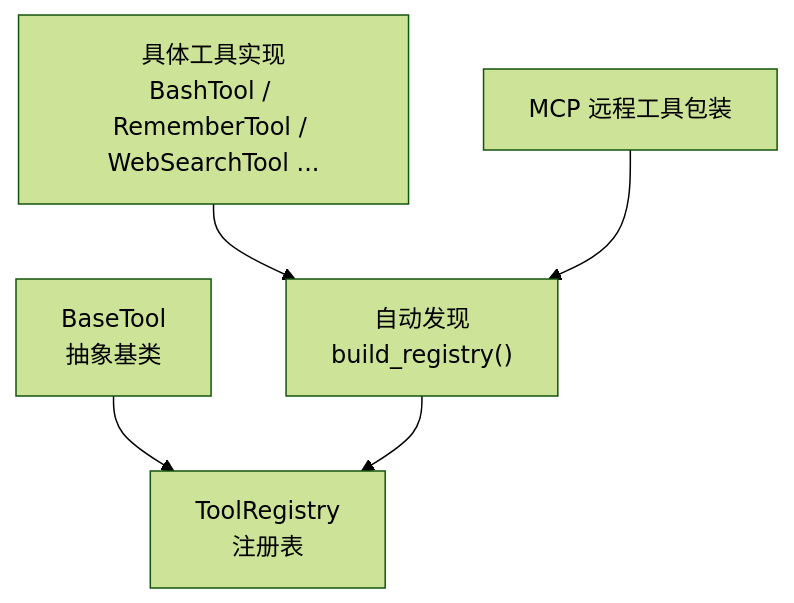
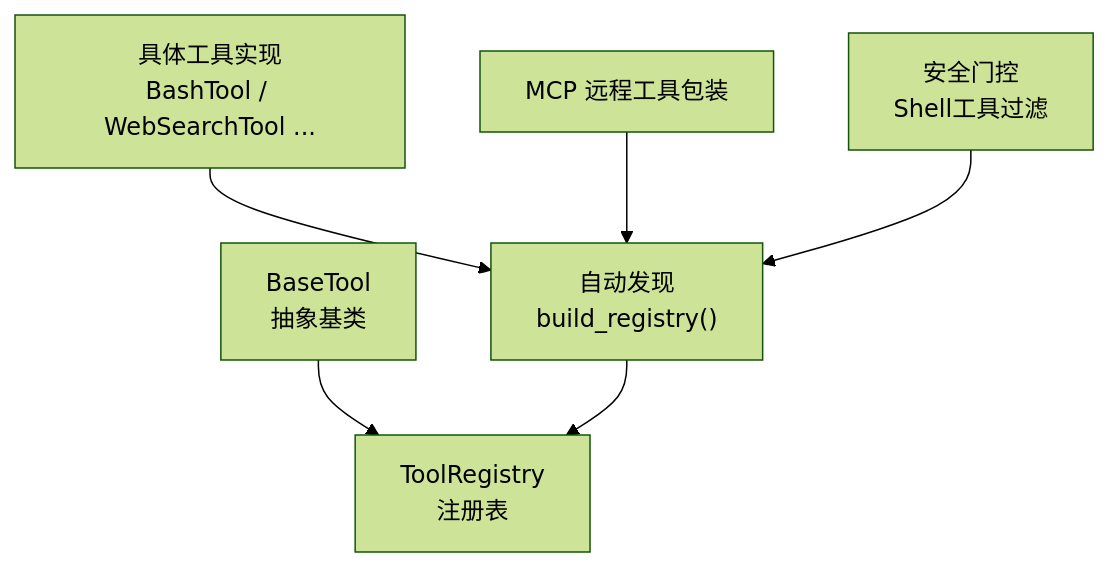
One commit to 20012002er/Vibe-Trading changed the first of 7 diagrams in .qoder/repowiki/zh/content/AI代理系统/工具系统/工具注册机制.md. Above: the diagram before and after it, drawn with Mermaid (forest theme). The commit also changed other lines of this file and 7 other files, not shown here.

````diff
--- a/.qoder/repowiki/zh/content/AI代理系统/工具系统/工具注册机制.md
+++ b/.qoder/repowiki/zh/content/AI代理系统/工具系统/工具注册机制.md
@@ -42,7 +47,8 @@
 ```mermaid
 graph TB
 A["BaseTool<br/>抽象基类"] --> B["ToolRegistry<br/>注册表"]
 C["自动发现<br/>build_registry()"] --> B
-D["具体工具实现<br/>BashTool / RememberTool / WebSearchTool ..."] --> C
+D["具体工具实现<br/>BashTool / WebSearchTool ..."] --> C
 E["MCP 远程工具包装"] --> C
+F["安全门控<br/>Shell工具过滤"] --> C
 ```
````
